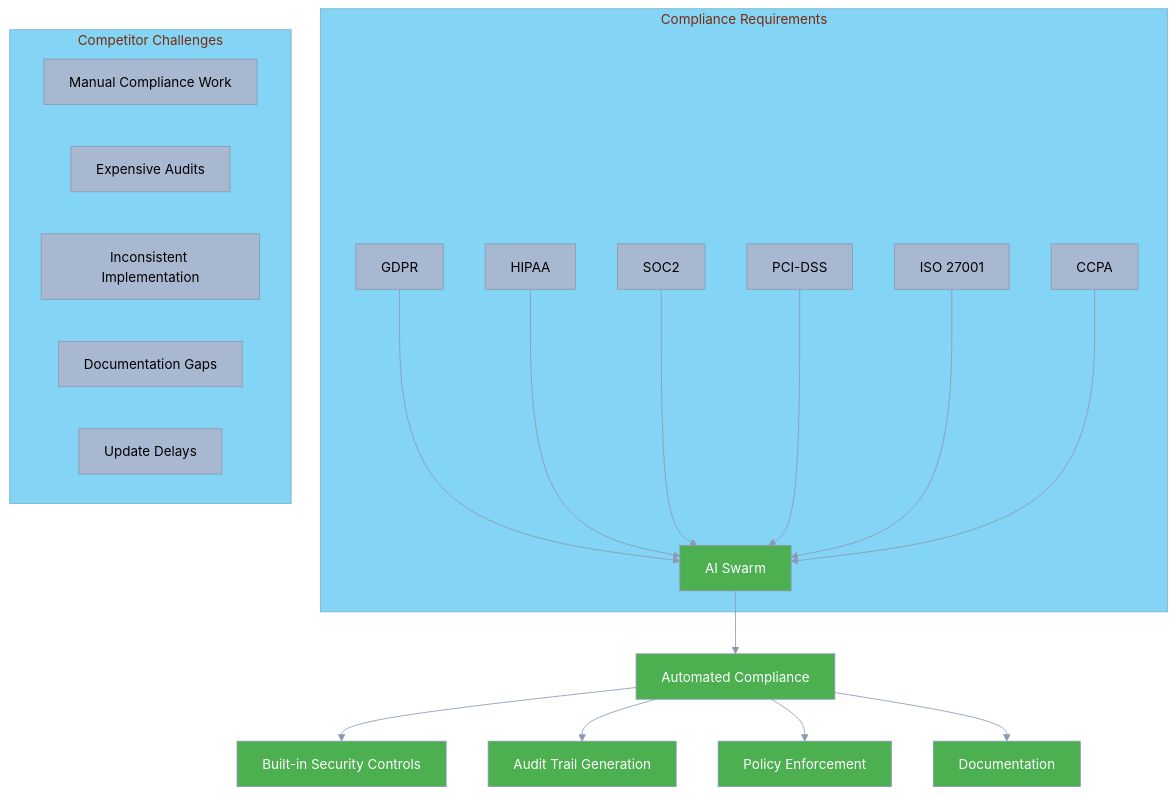
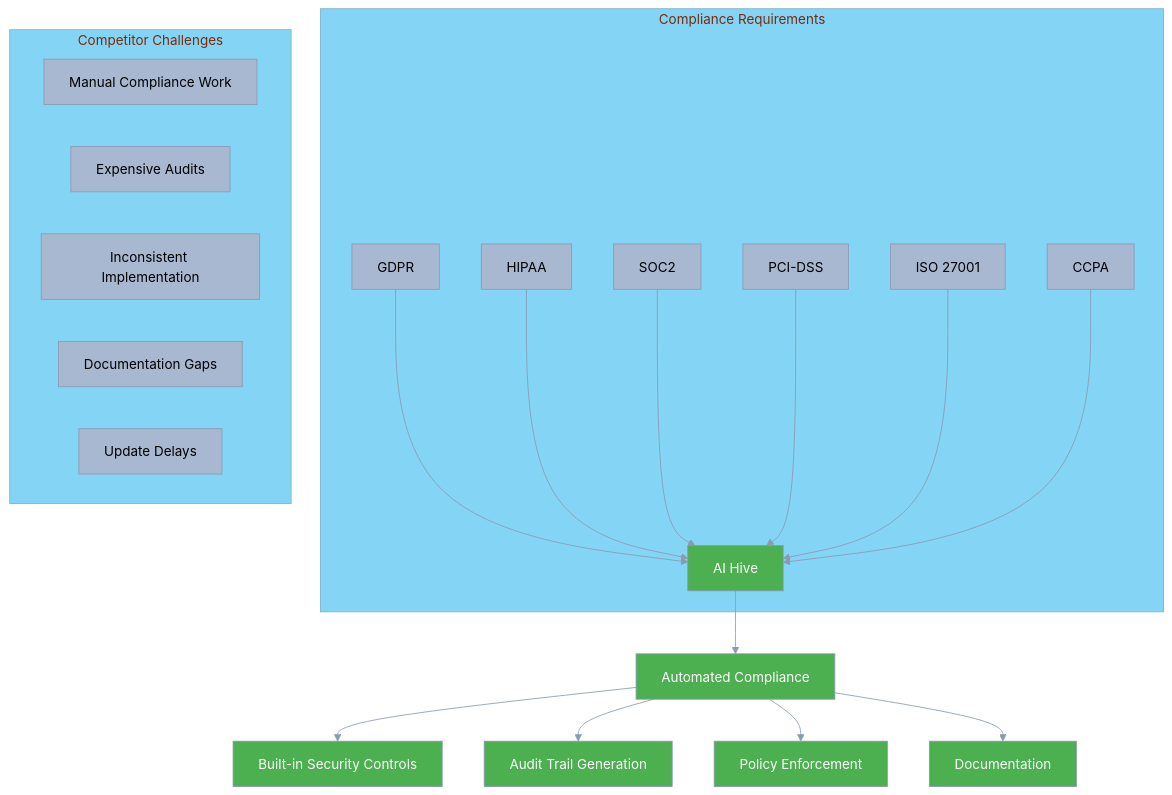
Before and after one commit to o2alexanderfedin/AI-Hive-Business-Docs: the fifth of 10 diagrams in business-documents/competitive-positioning/04-feature-comparison.md, drawn with Mermaid. The commit also changed other lines of this file and 22 other files, not shown here.

First line of the commit message:
Replace all references from 'AI Swarm' to 'AI Hive' across project

````diff
--- a/business-documents/competitive-positioning/04-feature-comparison.md
+++ b/business-documents/competitive-positioning/04-feature-comparison.md
@@ -364,44 +364,44 @@
 ```mermaid
 %%{init: {
   'theme': 'base',
   'themeVariables': {
     'primaryColor': '#A8B8D0',
     'primaryTextColor': '#000000',
     'primaryBorderColor': '#8A9AB2',
     'lineColor': '#8A9AB2',
     'secondaryColor': '#5DBCB6',
     'tertiaryColor': '#84D4F5',
     'background': '#F5F5F5'
   }
 }}%%
 graph TD
     subgraph "Compliance Requirements"
-        A[GDPR] --> E[AI Swarm]
+        A[GDPR] --> E[AI Hive]
         B[HIPAA] --> E
         C[SOC2] --> E
         D[PCI-DSS] --> E
         F[ISO 27001] --> E
         G[CCPA] --> E
     end
 
     E --> H[Automated Compliance]
     H --> I[Built-in Security Controls]
     H --> J[Audit Trail Generation]
     H --> K[Policy Enforcement]
     H --> L[Documentation]
 
     subgraph "Competitor Challenges"
         M[Manual Compliance Work]
         N[Expensive Audits]
         O[Inconsistent Implementation]
         P[Documentation Gaps]
         Q[Update Delays]
     end
 
     style E fill:#4CAF50,color:#fff
     style H fill:#4CAF50,color:#fff
     style I fill:#4CAF50,color:#fff
     style J fill:#4CAF50,color:#fff
     style K fill:#4CAF50,color:#fff
     style L fill:#4CAF50,color:#fff
 ```
````
